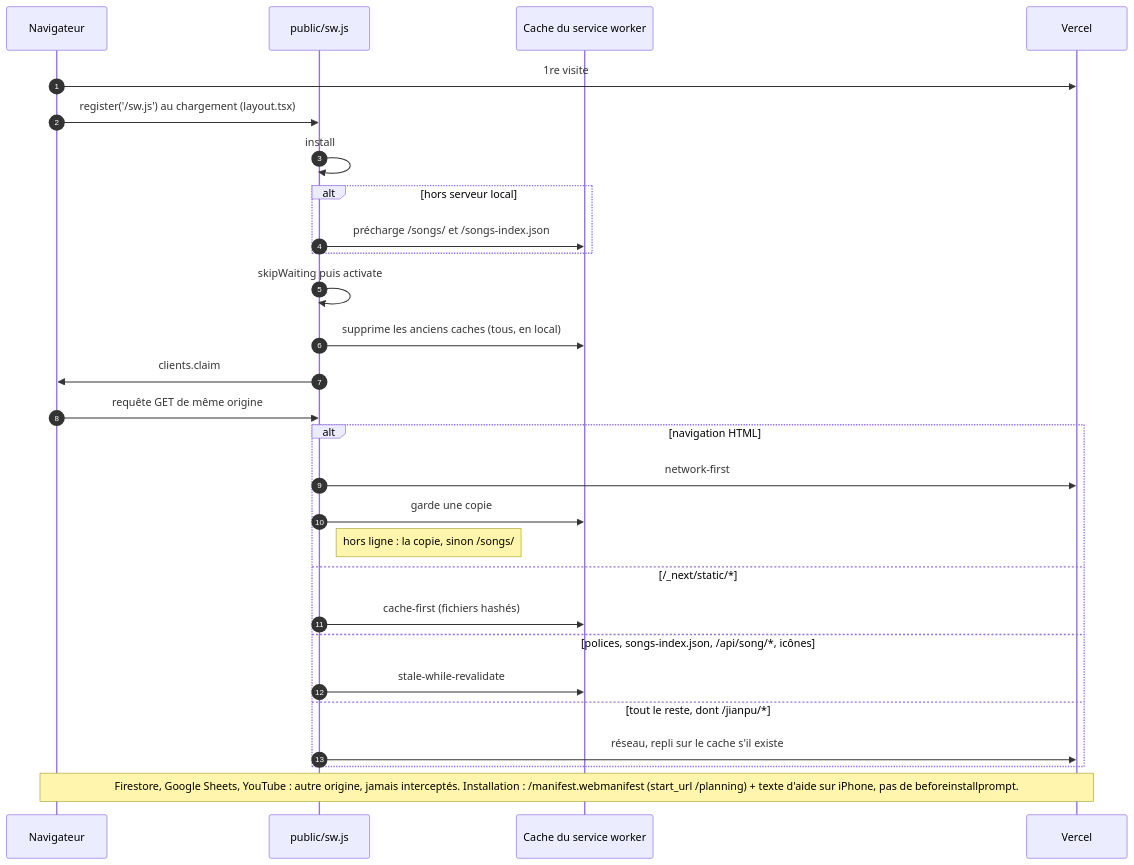
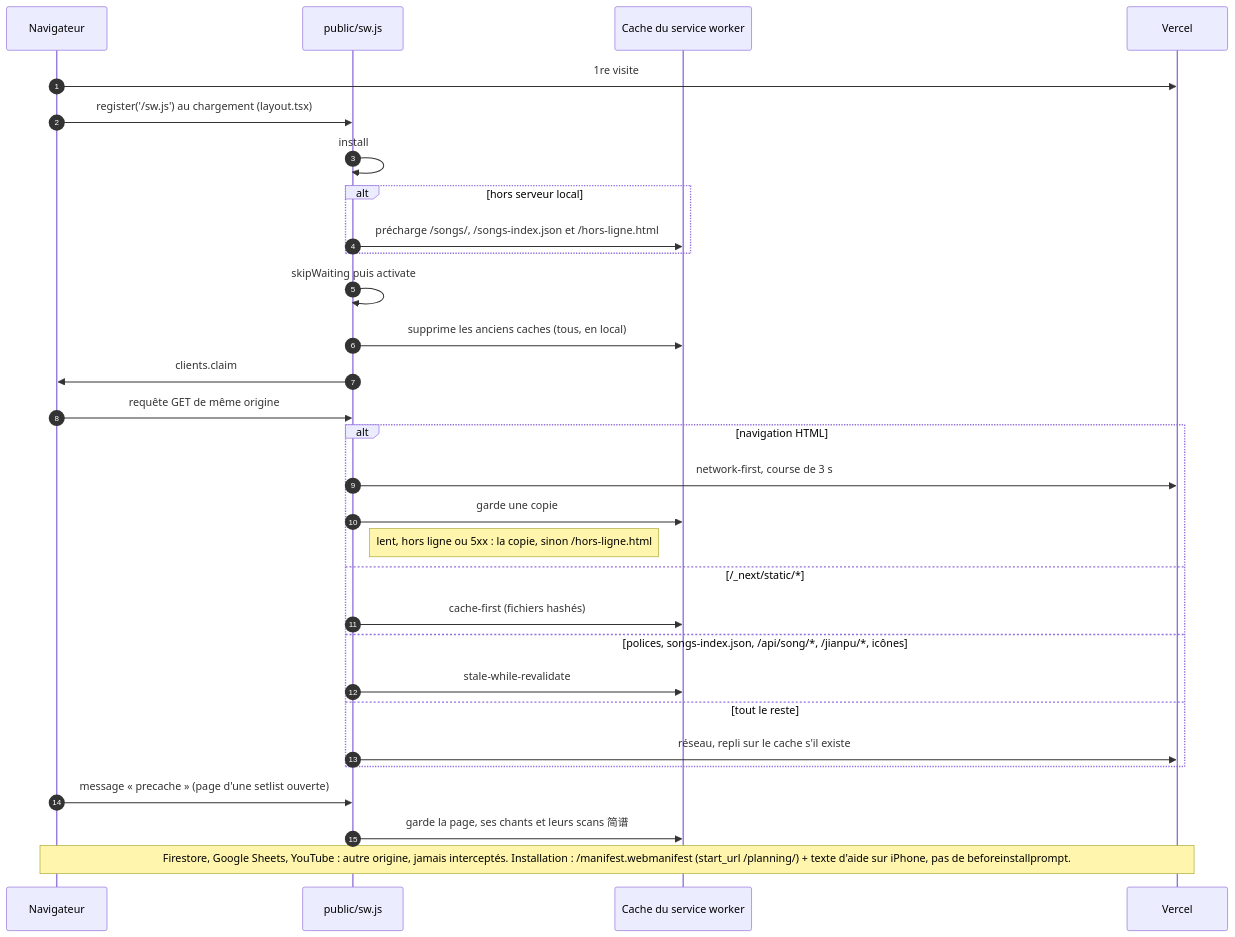
The diagram in docs/diagrammes/21-pwa-cache.mmd (gcccfranco/GCC), drawn with Mermaid before and after one commit. The commit also changed 39 other files, not shown here.

First line of the commit message:
B6c (corrections de l'audit) : ARCHITECTURE.md par ses sources, ligne PWA du CLAUDE.md

```diff
--- a/docs/diagrammes/21-pwa-cache.mmd
+++ b/docs/diagrammes/21-pwa-cache.mmd
@@ -1,28 +1,30 @@
 sequenceDiagram
   autonumber
   participant N as Navigateur
   participant SW as public/sw.js
   participant C as Cache du service worker
   participant V as Vercel
   N->>V: 1re visite
   N->>SW: register('/sw.js') au chargement (layout.tsx)
   SW->>SW: install
   alt hors serveur local
-    SW->>C: précharge /songs/ et /songs-index.json
+    SW->>C: précharge /songs/, /songs-index.json et /hors-ligne.html
   end
   SW->>SW: skipWaiting puis activate
   SW->>C: supprime les anciens caches (tous, en local)
   SW->>N: clients.claim
   N->>SW: requête GET de même origine
   alt navigation HTML
-    SW->>V: network-first
+    SW->>V: network-first, course de 3 s
     SW->>C: garde une copie
-    Note right of SW: hors ligne : la copie, sinon /songs/
+    Note right of SW: lent, hors ligne ou 5xx : la copie, sinon /hors-ligne.html
   else /_next/static/*
     SW->>C: cache-first (fichiers hashés)
-  else polices, songs-index.json, /api/song/*, icônes
+  else polices, songs-index.json, /api/song/*, /jianpu/*, icônes
     SW->>C: stale-while-revalidate
-  else tout le reste, dont /jianpu/*
+  else tout le reste
     SW->>V: réseau, repli sur le cache s'il existe
   end
-  Note over N,V: Firestore, Google Sheets, YouTube : autre origine, jamais interceptés. Installation : /manifest.webmanifest (start_url /planning) + texte d'aide sur iPhone, pas de beforeinstallprompt.
+  N->>SW: message « precache » (page d'une setlist ouverte)
+  SW->>C: garde la page, ses chants et leurs scans 简谱
+  Note over N,V: Firestore, Google Sheets, YouTube : autre origine, jamais interceptés. Installation : /manifest.webmanifest (start_url /planning/) + texte d'aide sur iPhone, pas de beforeinstallprompt.
```
